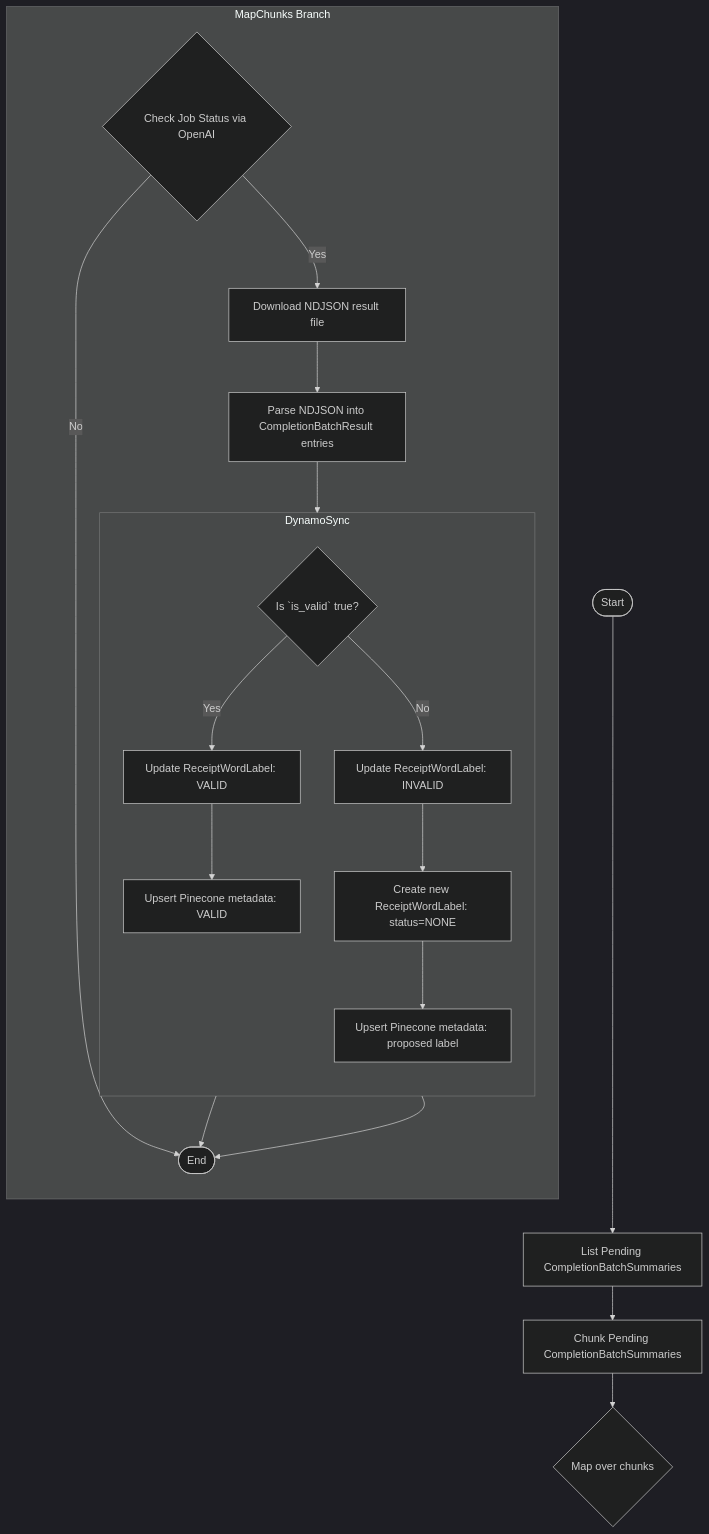
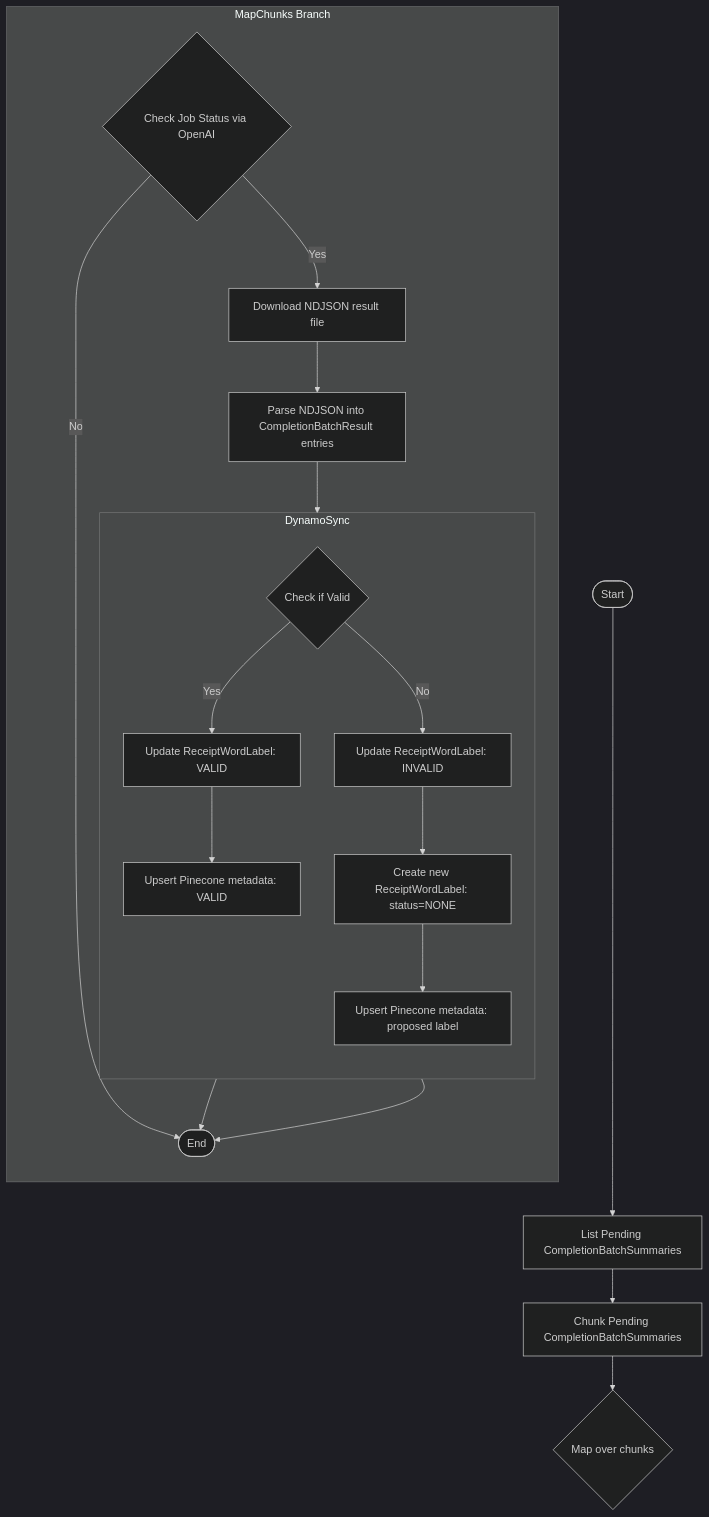
The diagram in receipt_label/receipt_label/poll_completion_batch/README.md (tnorlund/Portfolio), drawn with Mermaid (dark theme) before and after one commit.

````diff
--- a/receipt_label/receipt_label/poll_completion_batch/README.md
+++ b/receipt_label/receipt_label/poll_completion_batch/README.md
@@ -17,27 +17,27 @@
 ```mermaid
     flowchart TB
         Start([Start]) --> ListPending["List Pending CompletionBatchSummaries"]
         ListPending --> ChunkPending["Chunk Pending CompletionBatchSummaries"]
         ChunkPending --> MapChunks{"Map over chunks"}
 
         subgraph MapChunks Branch
             direction TB
             CheckStatus{"Check Job Status via OpenAI"}
             CheckStatus -- No --> End([End])
             CheckStatus -- Yes --> Download["Download NDJSON result file"]
             Download --> ParseResults["Parse NDJSON into CompletionBatchResult entries"]
-            ParseResults --> ForEachResult{"Is `is_valid` true?"}
+            ParseResults --> ForEachResult{"Check if Valid"}
 
             subgraph DynamoSync
                 direction TB
                 ForEachResult -- Yes --> UpdateValid["Update ReceiptWordLabel: VALID"]
                 UpdateValid --> UpsertPineconeValid["Upsert Pinecone metadata: VALID"]
                 ForEachResult -- No --> UpdateInvalid["Update ReceiptWordLabel: INVALID"]
                 UpdateInvalid --> CreateProposed["Create new ReceiptWordLabel: status=NONE"]
                 CreateProposed --> UpsertPineconeInvalid["Upsert Pinecone metadata: proposed label"]
             end
 
             UpsertPineconeValid --> End
             UpsertPineconeInvalid --> End
         end
 ```
````
